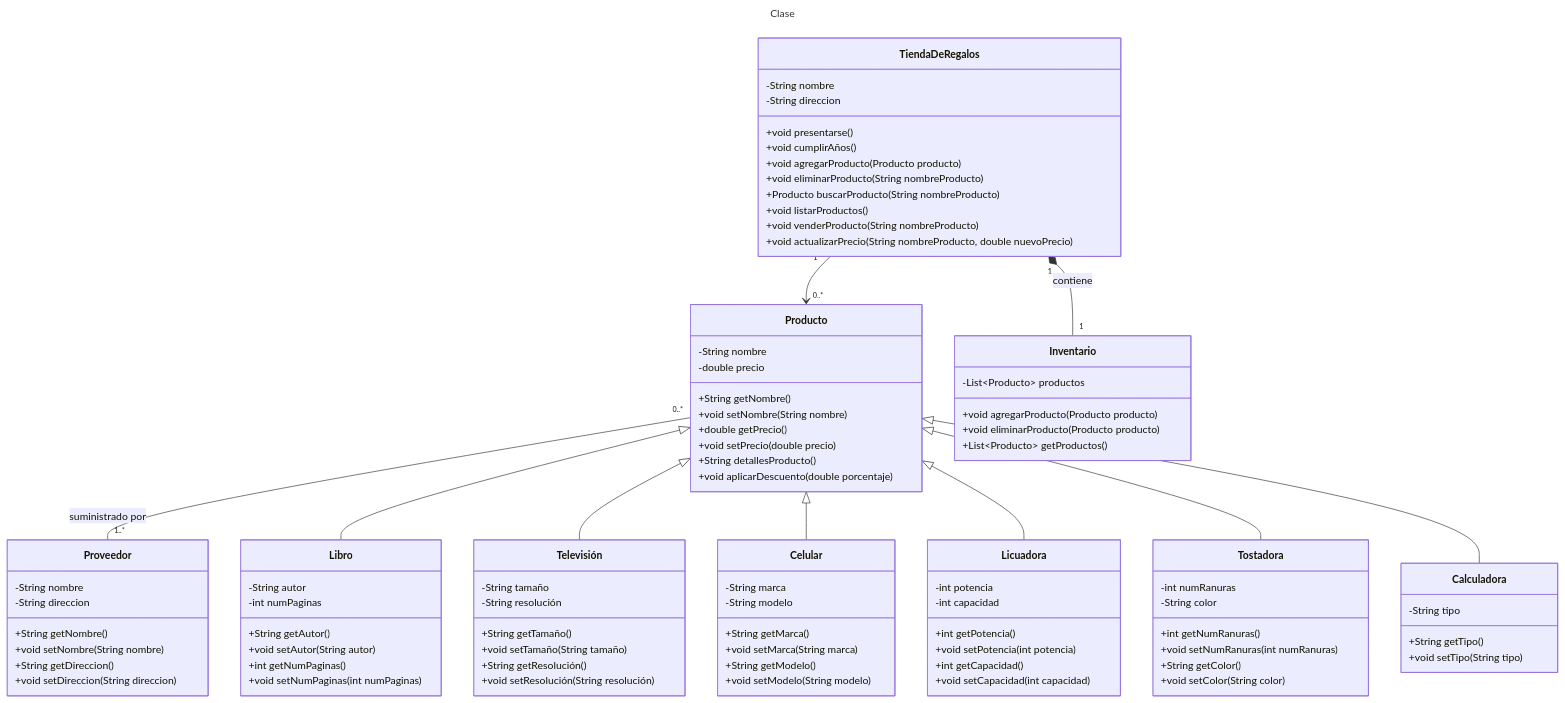
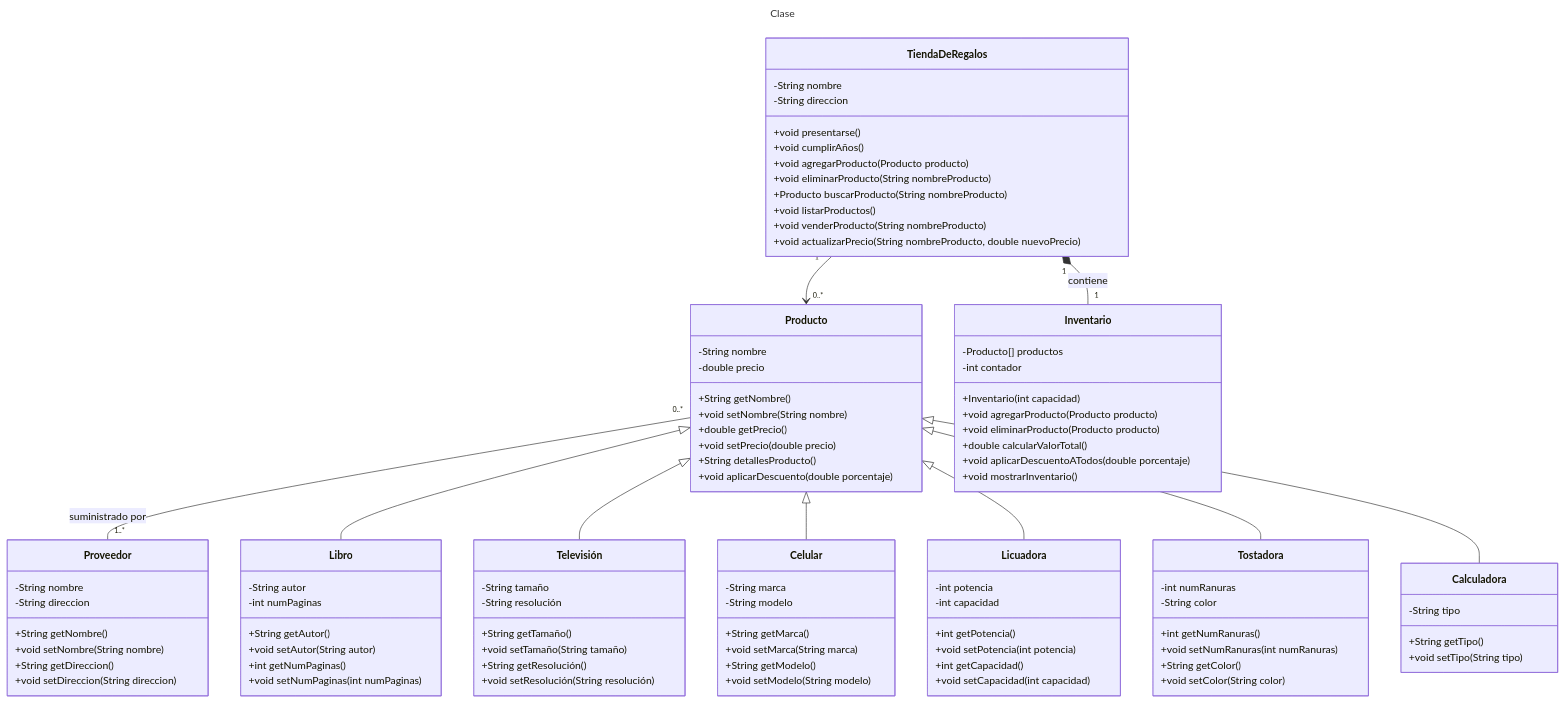
Before and after one commit to AED1286-POO-GD-AD24/GHUB.java.AD24.tiendaRegalos-LourdesArmenta-solucion: the diagram in README.md, drawn with Mermaid. The commit also changed other lines of this file and 10 other files, not shown here.

```diff
--- a/README.md
+++ b/README.md
@@ -87,10 +98,14 @@
         +void setDireccion(String direccion)
     }
     class Inventario {
-        -List~Producto~ productos
+        -Producto[] productos
+        -int contador
+        +Inventario(int capacidad)
         +void agregarProducto(Producto producto)
         +void eliminarProducto(Producto producto)
-        +List~Producto~ getProductos()
+        +double calcularValorTotal()
+        +void aplicarDescuentoATodos(double porcentaje)
+        +void mostrarInventario()
     }
 
     class Libro {
```
